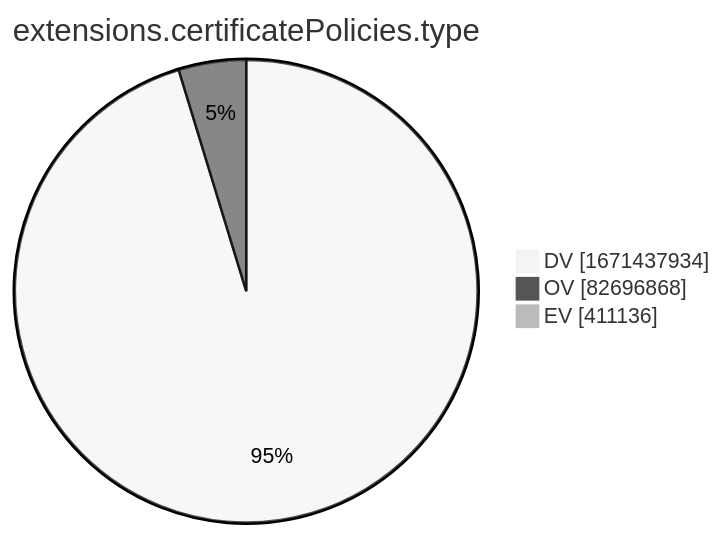
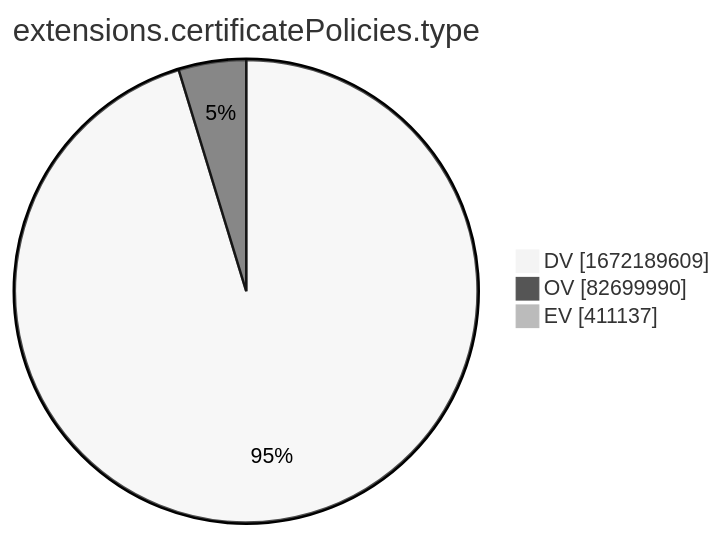
One commit to christiankrug/ctmonitor_visualization changed the tenth of 15 diagrams in xenon2022/README.md. Above: the diagram before and after it, drawn with Mermaid (neutral theme). The commit also changed other lines of this file, not shown here.

````diff
--- a/xenon2022/README.md
+++ b/xenon2022/README.md
@@ -2880,7 +2880,7 @@
 ```mermaid
 pie showData
 title extensions.certificatePolicies.type
-"DV" :1671437934
-"OV" :82696868
-"EV" :411136
+"DV" :1672189609
+"OV" :82699990
+"EV" :411137
 ```
````
